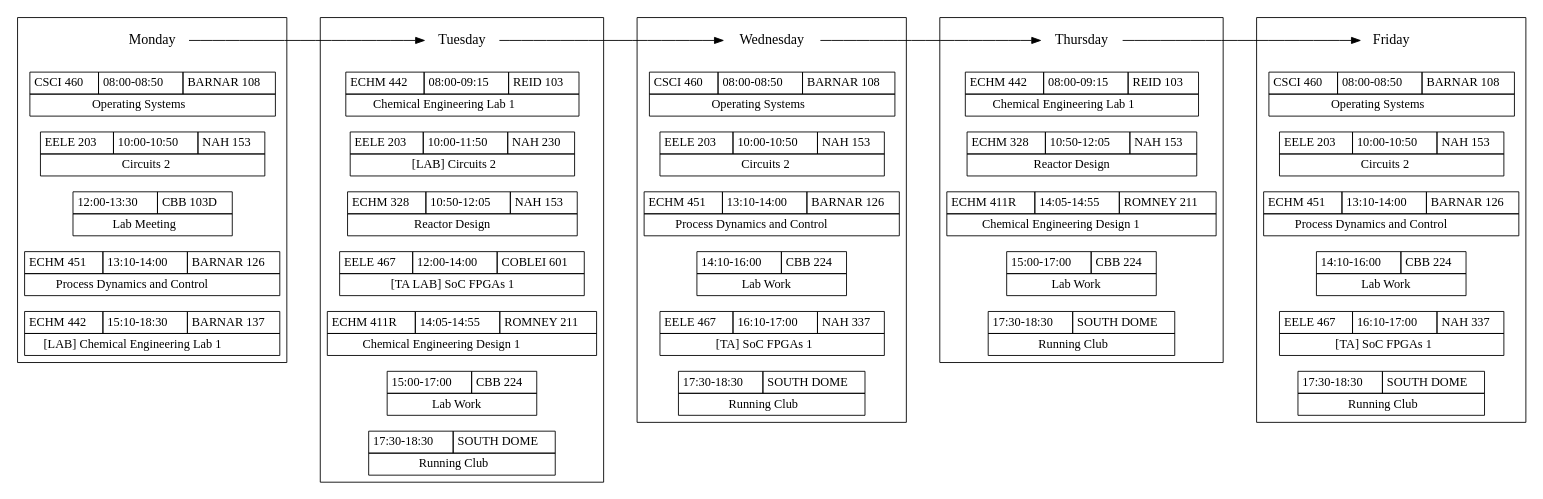
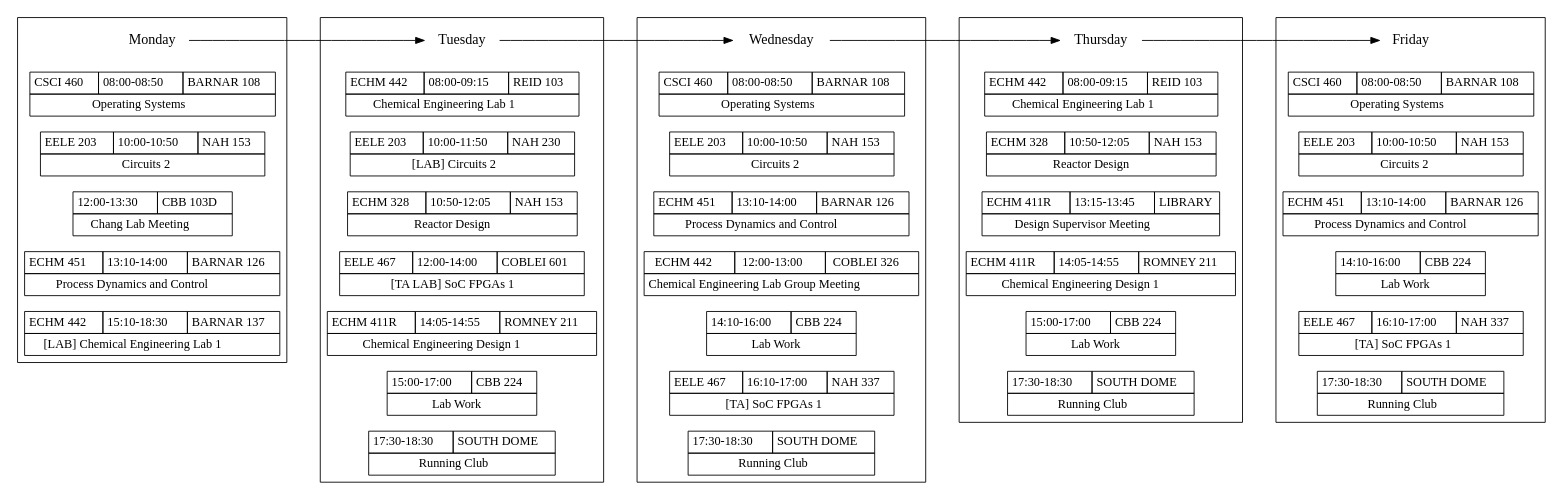
One commit to w-culhane/schedule-flowchart changed the diagram in schedule_4-senior-sem-1-fall.gv. Above: the diagram before and after it, drawn with Graphviz.

Commit message:
Add meetings

```diff
--- a/schedule_4-senior-sem-1-fall.gv
+++ b/schedule_4-senior-sem-1-fall.gv
@@ -35,7 +35,7 @@
 		      <TD>12:00-13:30</TD>
 		      <TD>CBB 103D</TD>
 		      </TR>
-		      <TR><TD COLSPAN="2">Lab Meeting</TD></TR>
+		      <TR><TD COLSPAN="2">Chang Lab Meeting</TD></TR>
 		      </TABLE>>];
 
     "ECHM451-m" [label=<
@@ -131,7 +131,7 @@
 		 </TABLE>>];
 
     {node [shape=none, margin=0]
-	subgraph clusterwednesday { rank = same; "Wednesday"; "CSCI460-w"; "EELE203-w"; "ECHM451-w"; "WORK-w"; "EELE467-w-TA"; "RUNNING-w"; }
+	subgraph clusterwednesday { rank = same; "Wednesday"; "CSCI460-w"; "EELE203-w"; "ECHM451-w"; "ECHM442-w-meeting"; "WORK-w"; "EELE467-w-TA"; "RUNNING-w"; }
     }
 
     "CSCI460-w" [label=<
@@ -153,6 +153,16 @@
 		 </TR>
 		 <TR><TD COLSPAN="3">Circuits 2</TD></TR>
 		 </TABLE>>];
+
+    "ECHM442-w-meeting" [label=<
+			 <TABLE BORDER="0" CELLBORDER="1" CELLSPACING="0" CELLPADDING="4">
+			 <TR>
+			 <TD>ECHM 442</TD>
+			 <TD>12:00-13:00</TD>
+			 <TD>COBLEI 326</TD>
+			 </TR>
+			 <TR><TD COLSPAN="3">Chemical Engineering Lab Group Meeting</TD></TR>
+			 </TABLE>>];
 
     "ECHM451-w" [label=<
 		 <TABLE BORDER="0" CELLBORDER="1" CELLSPACING="0" CELLPADDING="4">
@@ -193,7 +203,7 @@
 		 </TABLE>>];
 
     {node [shape=none, margin=0]
-	subgraph clusterthursday { rank = same; "Thursday"; "ECHM442-r"; "ECHM328-r"; "ECHM411R-r"; "WORK-r"; "RUNNING-r"; }
+	subgraph clusterthursday { rank = same; "Thursday"; "ECHM442-r"; "ECHM328-r"; "ECHM411R-r-meeting"; "ECHM411R-r"; "WORK-r"; "RUNNING-r"; }
     }
 
     "ECHM442-r" [label=<
@@ -215,6 +225,16 @@
 		 </TR>
 		 <TR><TD COLSPAN="3">Reactor Design</TD></TR>
 		 </TABLE>>];
+
+    "ECHM411R-r-meeting" [label=<
+			  <TABLE BORDER="0" CELLBORDER="1" CELLSPACING="0" CELLPADDING="4">
+			  <TR>
+			  <TD>ECHM 411R</TD>
+			  <TD>13:15-13:45</TD>
+			  <TD>LIBRARY</TD>
+			  </TR>
+			  <TR><TD COLSPAN="3">Design Supervisor Meeting</TD></TR>
+			  </TABLE>>];
 
     "ECHM411R-r" [label=<
 		  <TABLE BORDER="0" CELLBORDER="1" CELLSPACING="0" CELLPADDING="4">
```
